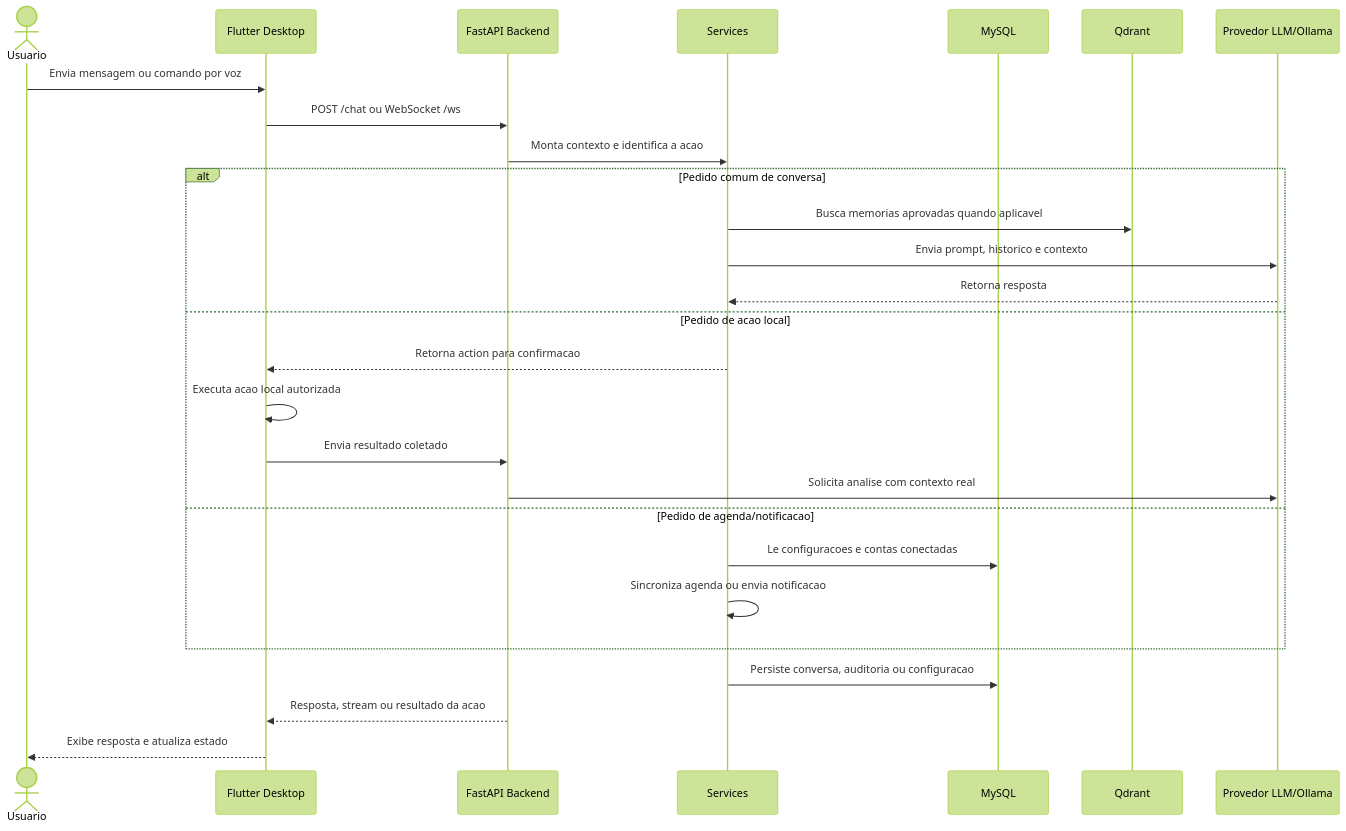
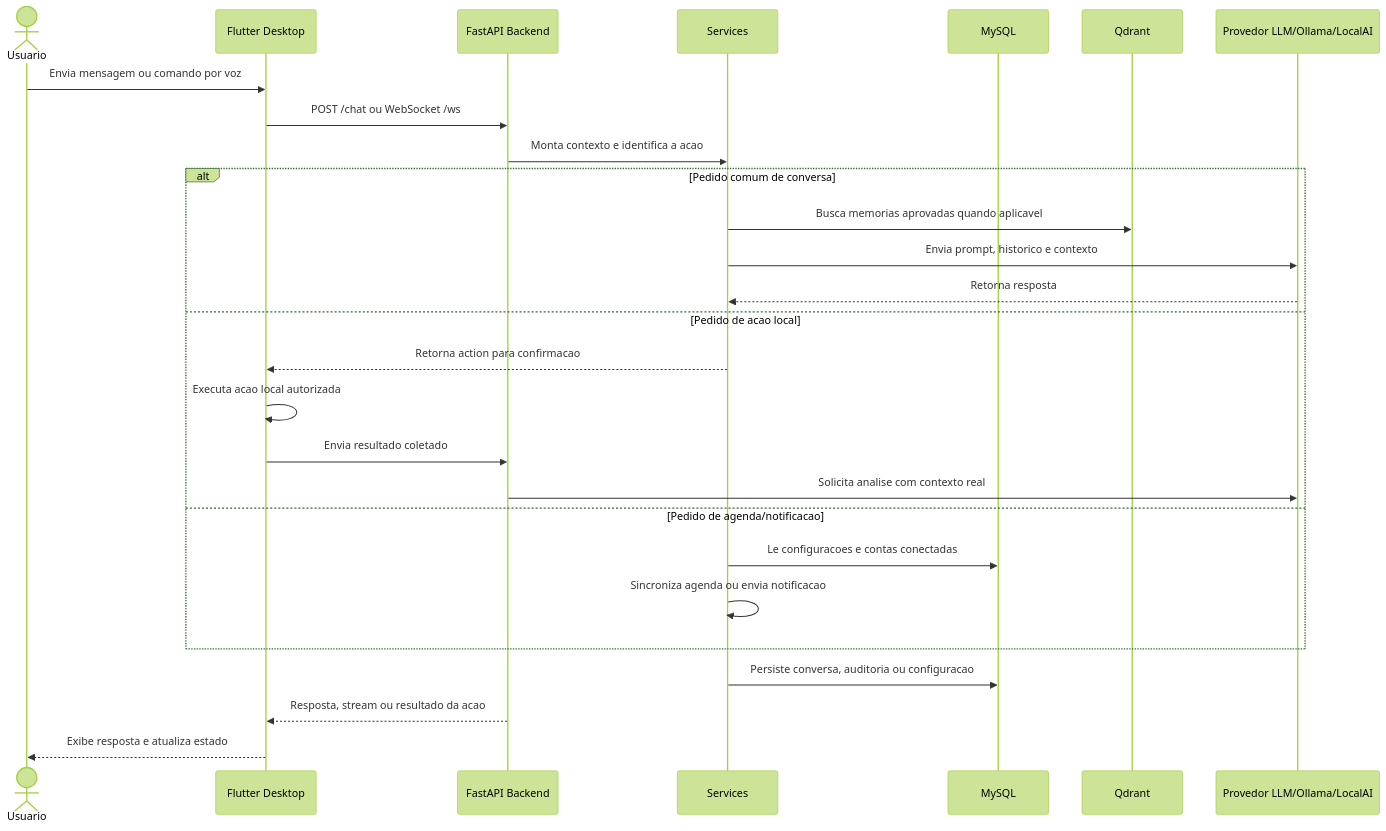
The second of 3 diagrams in README.md (m4n1nh0/assistant_app), drawn with Mermaid (forest theme) before and after one commit. The commit also changed other lines of this file and 4 other files, not shown here.

````diff
--- a/README.md
+++ b/README.md
@@ -96,32 +96,32 @@
 ```mermaid
 sequenceDiagram
     actor U as Usuario
     participant UI as Flutter Desktop
     participant API as FastAPI Backend
     participant SVC as Services
     participant DB as MySQL
     participant MEM as Qdrant
-    participant LLM as Provedor LLM/Ollama
+    participant LLM as Provedor LLM/Ollama/LocalAI
 
     U->>UI: Envia mensagem ou comando por voz
     UI->>API: POST /chat ou WebSocket /ws
     API->>SVC: Monta contexto e identifica a acao
 
     alt Pedido comum de conversa
         SVC->>MEM: Busca memorias aprovadas quando aplicavel
         SVC->>LLM: Envia prompt, historico e contexto
         LLM-->>SVC: Retorna resposta
     else Pedido de acao local
         SVC-->>UI: Retorna action para confirmacao
         UI->>UI: Executa acao local autorizada
         UI->>API: Envia resultado coletado
         API->>LLM: Solicita analise com contexto real
     else Pedido de agenda/notificacao
         SVC->>DB: Le configuracoes e contas conectadas
         SVC->>SVC: Sincroniza agenda ou envia notificacao
     end
 
     SVC->>DB: Persiste conversa, auditoria ou configuracao
     API-->>UI: Resposta, stream ou resultado da acao
     UI-->>U: Exibe resposta e atualiza estado
 ```
````
